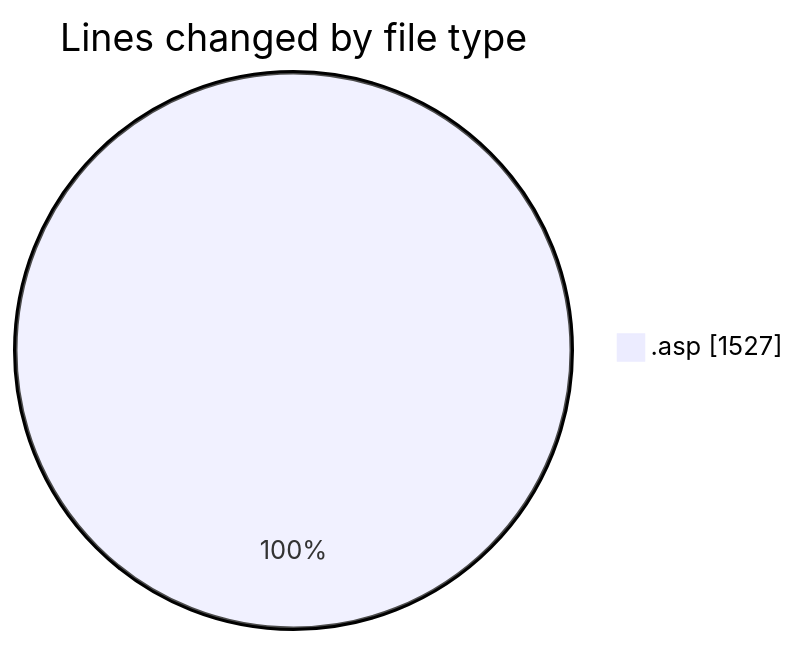
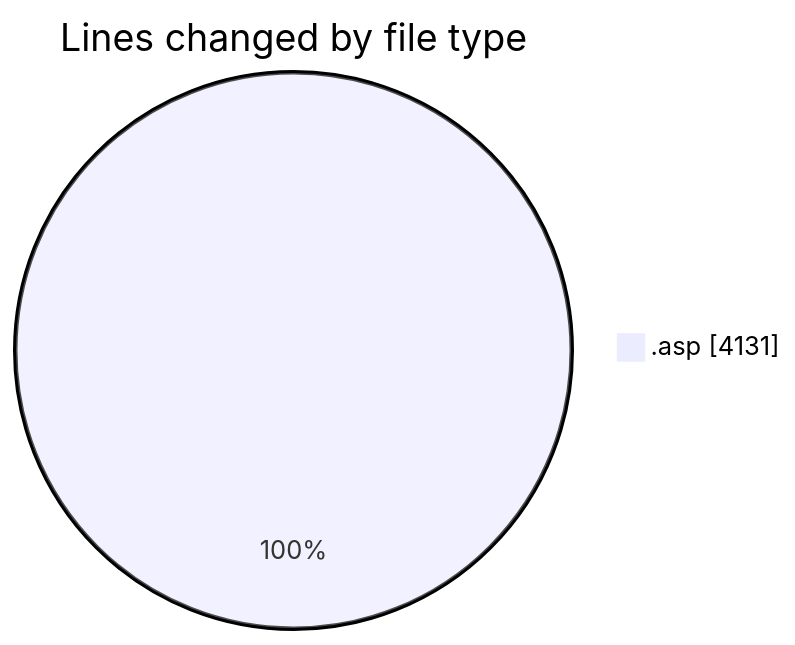
The first of 2 diagrams in 2025-10-30/cdp_aleoudev_fr__workspace_/README.md (julien-gomy/code-tracking), drawn with Mermaid before and after one commit. The commit also changed other lines of this file and 1 other file, not shown here.

````diff
--- a/2025-10-30/cdp_aleoudev_fr__workspace_/README.md
+++ b/2025-10-30/cdp_aleoudev_fr__workspace_/README.md
@@ -22,5 +22,5 @@
 ```mermaid
 pie showData
 title Lines changed by file type
-".asp" : 1527
+".asp" : 4131
 ```
````
